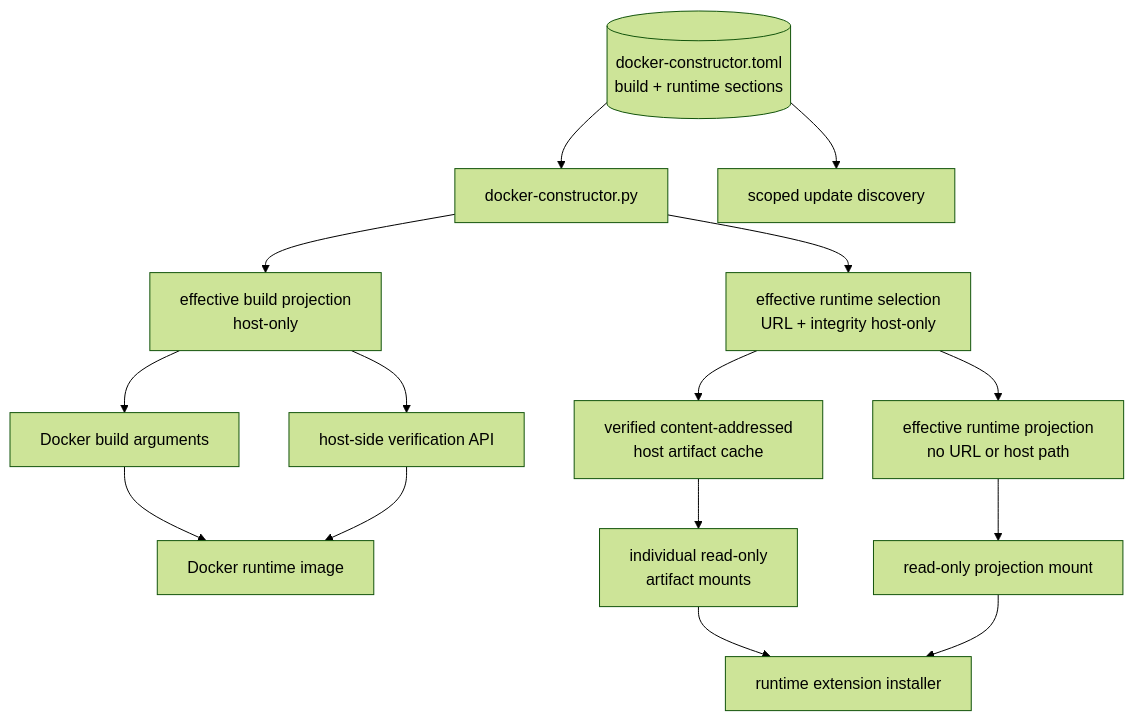
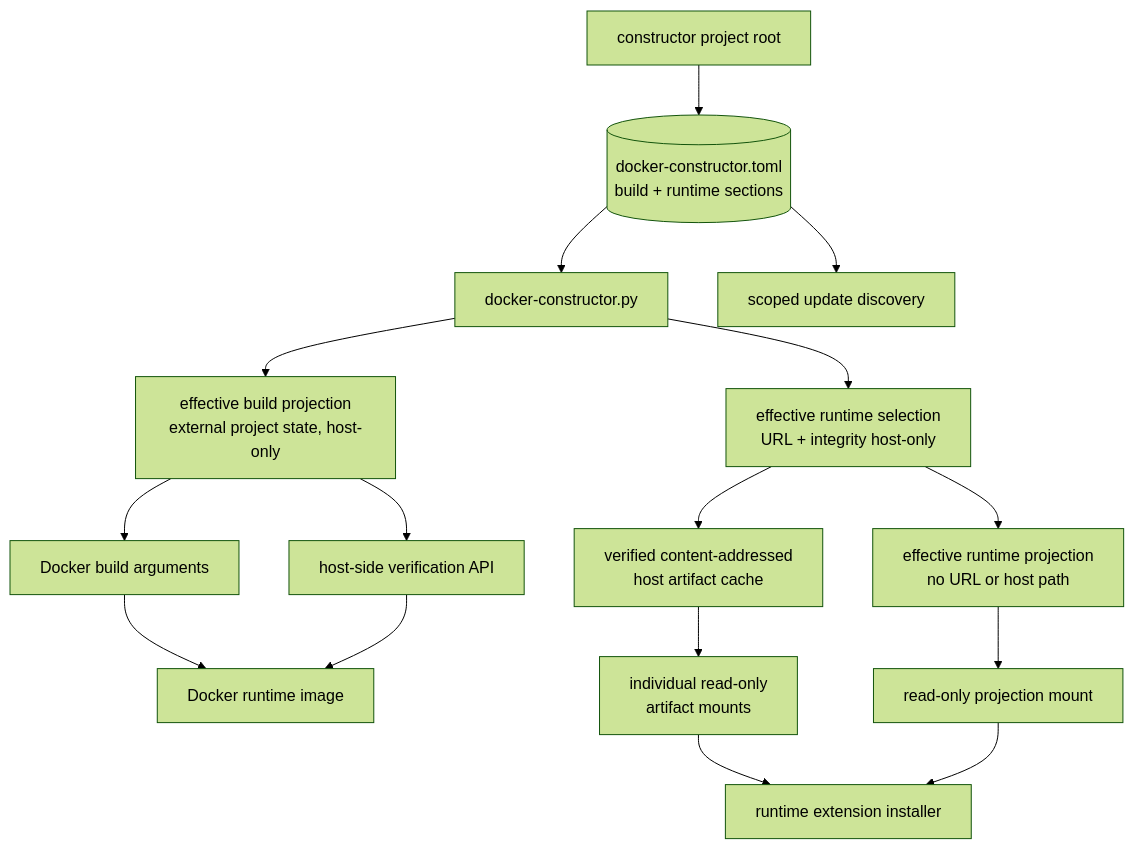
One commit to alexvas/claude-cli-setup changed the first of 2 diagrams in openspec/specs/docker-build-reproducibility/spec.md. Above: the diagram before and after it, drawn with Mermaid (forest theme). The commit also changed other lines of this file and 28 other files, not shown here.

First line of the commit message:
Relocate runtime projections to project state

````diff
--- a/openspec/specs/docker-build-reproducibility/spec.md
+++ b/openspec/specs/docker-build-reproducibility/spec.md
@@ -13,17 +13,18 @@
 ```mermaid
 graph TD
-    INV[(docker-constructor.toml<br/>build + runtime sections)] --> CLI[docker-constructor.py]
-    CLI --> BP[effective build projection<br/>host-only]
+    ROOT[constructor project root] --> INV[(docker-constructor.toml<br/>build + runtime sections)]
+    INV --> CLI[docker-constructor.py]
+    CLI --> BP[effective build projection<br/>external project state, host-only]
     BP --> BUILD[Docker build arguments]
     BUILD --> IMG[Docker runtime image]
     BP --> VERIFY[host-side verification API]
     VERIFY --> IMG
     CLI --> SELECT[effective runtime selection<br/>URL + integrity host-only]
     SELECT --> CACHE[verified content-addressed<br/>host artifact cache]
     CACHE --> MOUNTS[individual read-only<br/>artifact mounts]
     SELECT --> RP[effective runtime projection<br/>no URL or host path]
     RP --> RUN[read-only projection mount]
     MOUNTS --> INSTALL[runtime extension installer]
     RUN --> INSTALL
     INV --> UPDATES[scoped update discovery]
 ```
````
